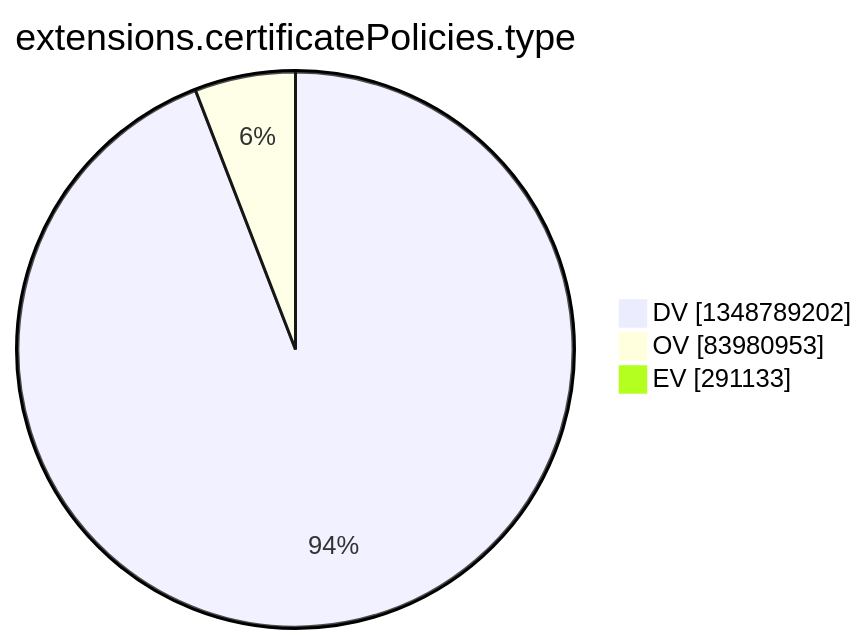
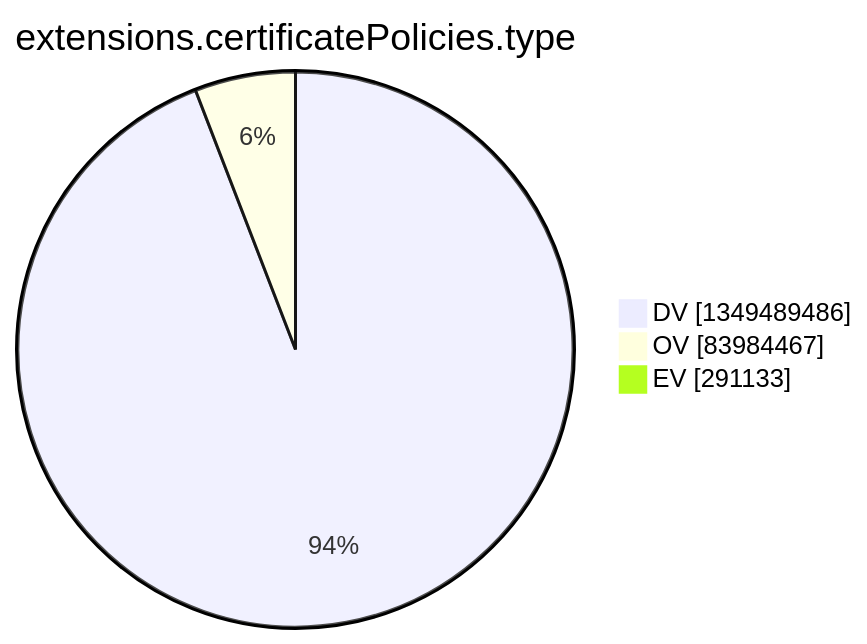
One commit to christiankrug/ctmonitor_visualization changed the tenth of 15 diagrams in argon2022/README.md. Above: the diagram before and after it, drawn with Mermaid. The commit also changed other lines of this file, not shown here.

````diff
--- a/argon2022/README.md
+++ b/argon2022/README.md
@@ -2773,7 +2773,7 @@
 ```mermaid
 pie showData
 title extensions.certificatePolicies.type
-"DV" :1348789202
-"OV" :83980953
+"DV" :1349489486
+"OV" :83984467
 "EV" :291133
 ```
````
